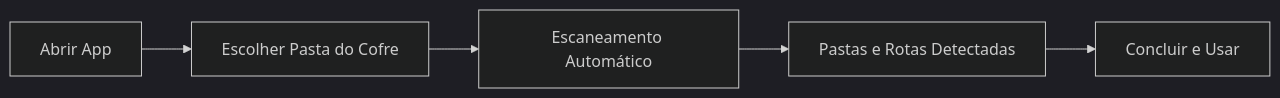
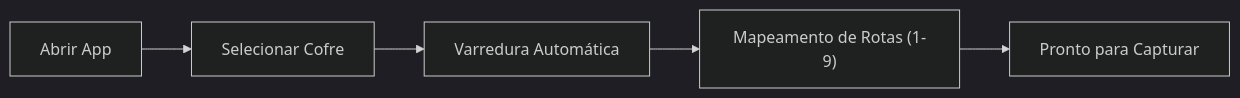
One commit to Felipe-Belotto/global-quick-capture changed the diagram in README.md. Above: the diagram before and after it, drawn with Mermaid (dark theme). The commit also changed other lines of this file, not shown here.

````diff
--- a/README.md
+++ b/README.md
@@ -50,7 +66,7 @@
 ```mermaid
 flowchart LR
-    A["Abrir App"] --> B["Escolher Pasta do Cofre"]
-    B --> C["Escaneamento Automático"]
-    C --> D["Pastas e Rotas Detectadas"]
-    D --> E["Concluir e Usar"]
+    A["Abrir App"] --> B["Selecionar Cofre"]
+    B --> C["Varredura Automática"]
+    C --> D["Mapeamento de Rotas (1-9)"]
+    D --> E["Pronto para Capturar"]
 ```
````
